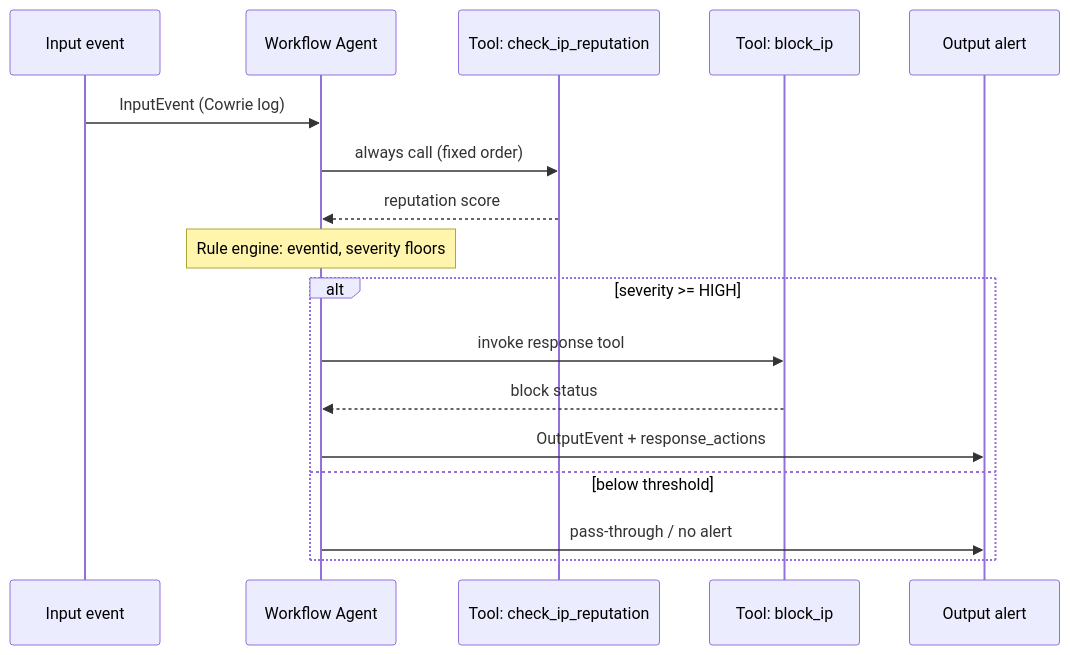
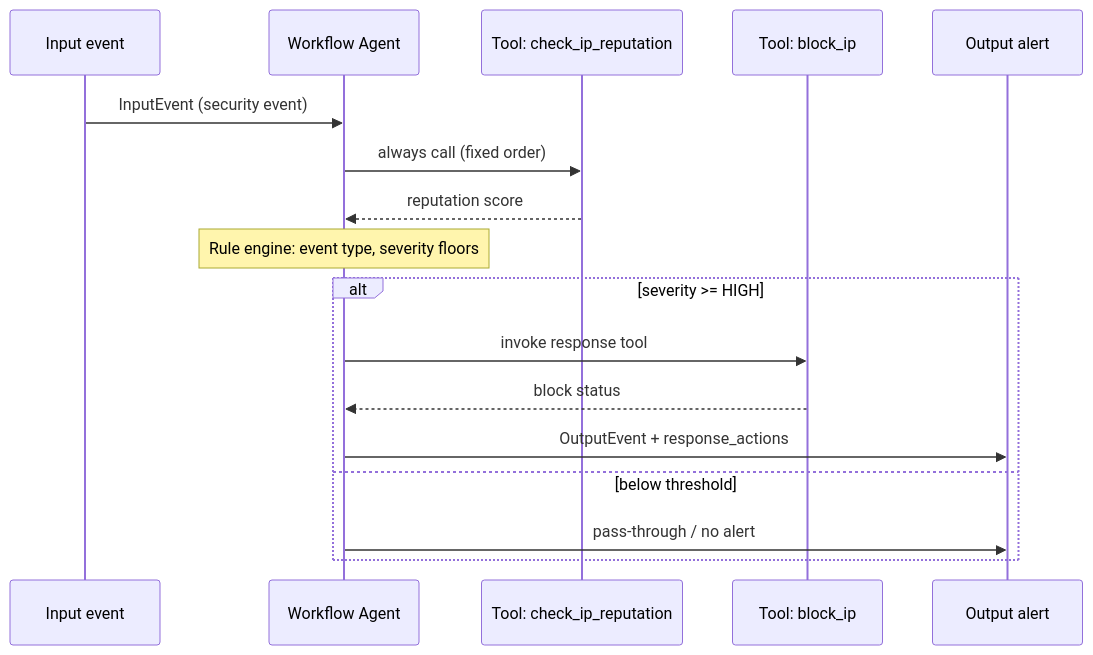
The diagram in docs/images/workflow-agent-flow.mmd (BrooksIan/FlinkDockerWithAgents), drawn with Mermaid before and after one commit. The commit also changed 665 other files, not shown here.

```diff
--- a/docs/images/workflow-agent-flow.mmd
+++ b/docs/images/workflow-agent-flow.mmd
@@ -1,19 +1,19 @@
 %% Workflow agent — deterministic event flow
 sequenceDiagram
     participant Src as Input event
     participant Agent as Workflow Agent
     participant T1 as Tool: check_ip_reputation
     participant T2 as Tool: block_ip
     participant Out as Output alert
 
-    Src->>Agent: InputEvent (Cowrie log)
+    Src->>Agent: InputEvent (security event)
     Agent->>T1: always call (fixed order)
     T1-->>Agent: reputation score
-    Note over Agent: Rule engine: eventid, severity floors
+    Note over Agent: Rule engine: event type, severity floors
     alt severity >= HIGH
         Agent->>T2: invoke response tool
         T2-->>Agent: block status
         Agent->>Out: OutputEvent + response_actions
     else below threshold
         Agent->>Out: pass-through / no alert
     end
```
